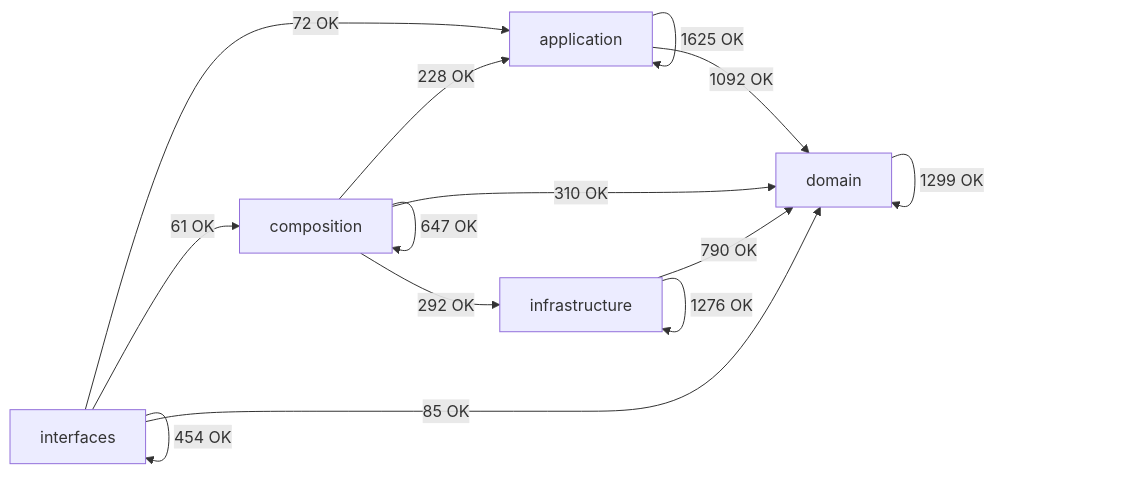
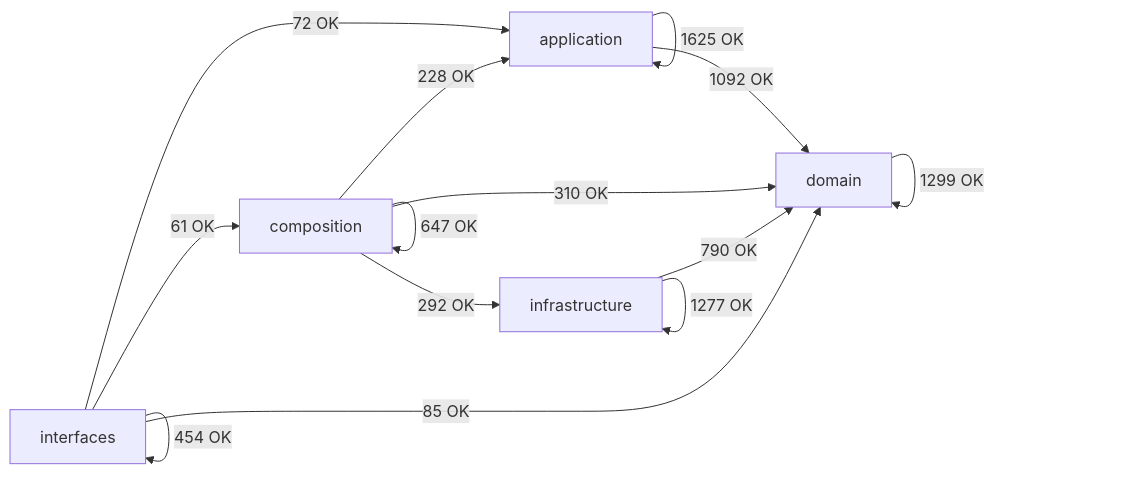
One commit to SatoryKono/BioactivityDataAcquisition changed the diagram in docs/02-architecture/generated/module-dependency-map.md. Above: the diagram before and after it, drawn with Mermaid. The commit also changed other lines of this file and 18 other files, not shown here.

````diff
--- a/docs/02-architecture/generated/module-dependency-map.md
+++ b/docs/02-architecture/generated/module-dependency-map.md
@@ -17,21 +17,21 @@
 ```mermaid
 flowchart LR
     domain[domain]
     application[application]
     infrastructure[infrastructure]
     composition[composition]
     interfaces[interfaces]
     application -->|1625 OK| application
     application -->|1092 OK| domain
     composition -->|228 OK| application
     composition -->|647 OK| composition
     composition -->|310 OK| domain
     composition -->|292 OK| infrastructure
     domain -->|1299 OK| domain
     infrastructure -->|790 OK| domain
-    infrastructure -->|1276 OK| infrastructure
+    infrastructure -->|1277 OK| infrastructure
     interfaces -->|72 OK| application
     interfaces -->|61 OK| composition
     interfaces -->|85 OK| domain
     interfaces -->|454 OK| interfaces
 ```
````
